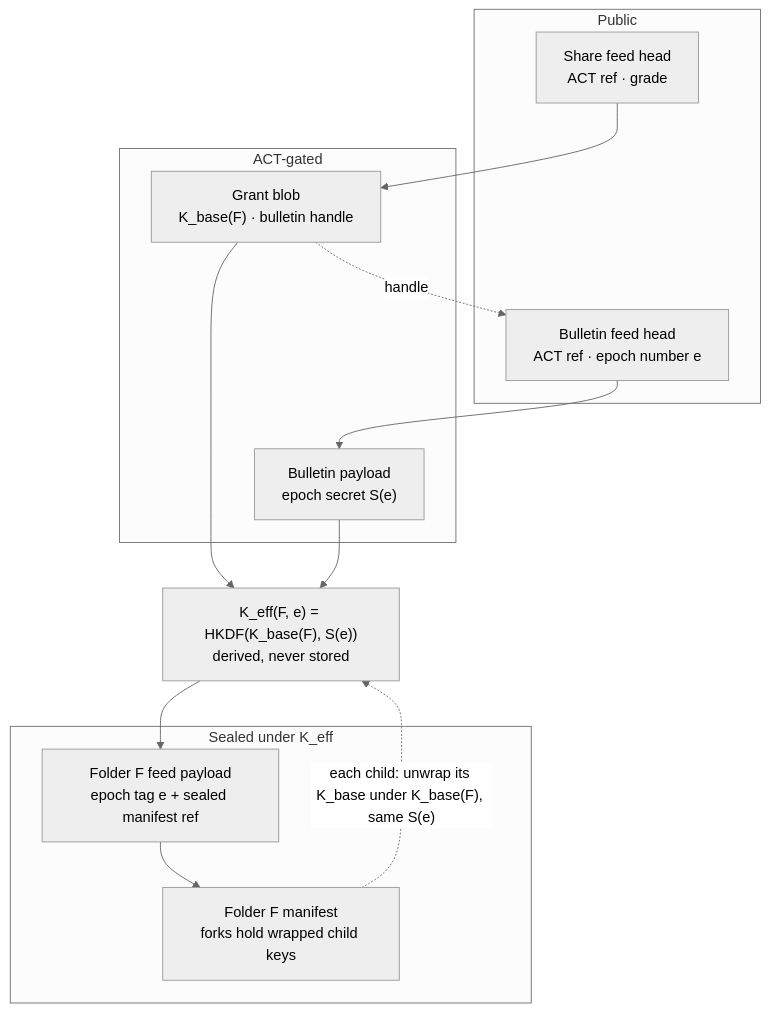
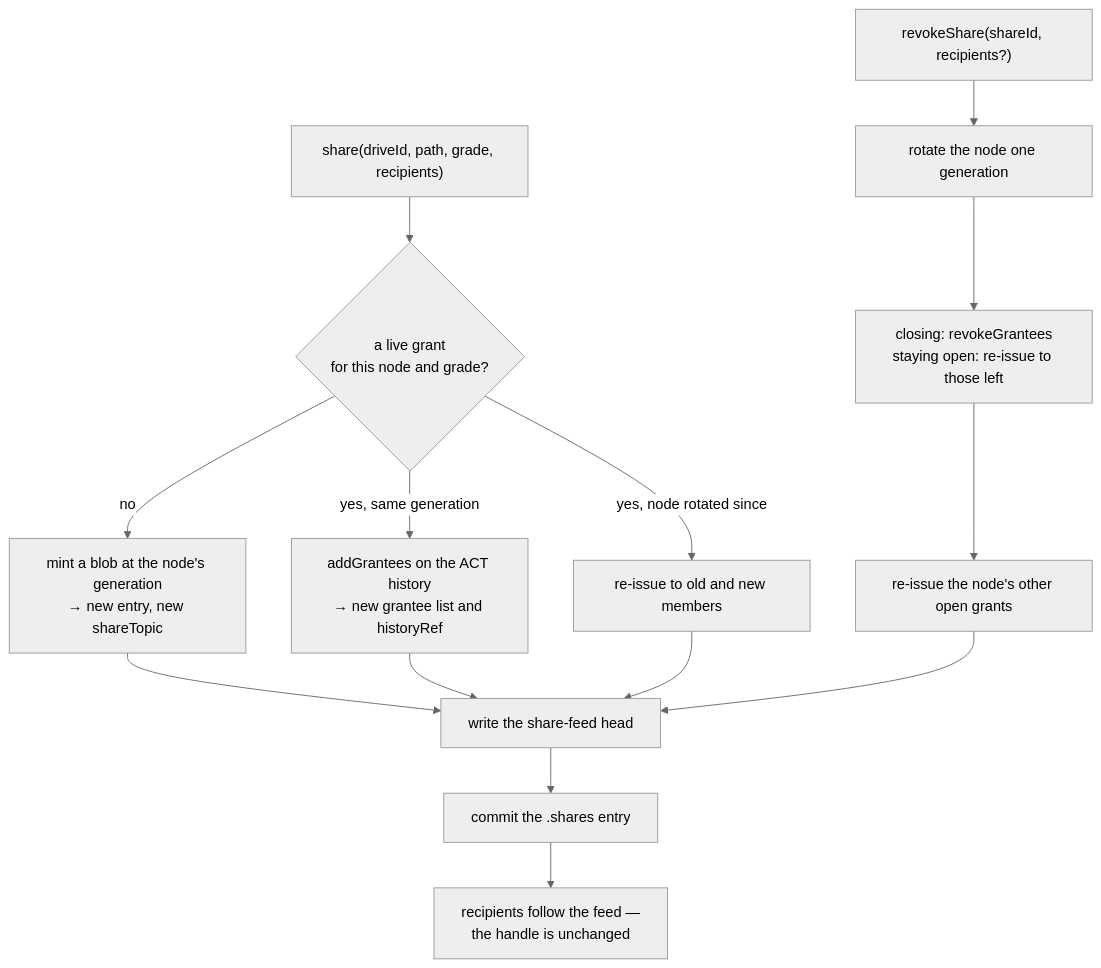
Before and after one commit to Solar-Punk-Ltd/file-manager-lib: the fifth of 6 diagrams in docs/ACCESS_CONTROL.md, drawn with Mermaid (neutral theme). The commit also changed other lines of this file and 21 other files, not shown here.

Commit message:
feat: revoke rework with node keychain rotations and tests

````diff
--- a/docs/ACCESS_CONTROL.md
+++ b/docs/ACCESS_CONTROL.md
@@ -359,22 +346,16 @@
 ```mermaid
 flowchart TD
-    subgraph PUB["Public"]
-        SH["Share feed head<br/>ACT ref · grade"]
-        BH["Bulletin feed head<br/>ACT ref · epoch number e"]
-    end
-    subgraph GATED["ACT-gated"]
-        GB["Grant blob<br/>K_base(F) · bulletin handle"]
-        BP["Bulletin payload<br/>epoch secret S(e)"]
-    end
-    subgraph SEALED["Sealed under K_eff"]
-        FP["Folder F feed payload<br/>epoch tag e + sealed manifest ref"]
-        FM["Folder F manifest<br/>forks hold wrapped child keys"]
-    end
-    SH --> GB
-    BH --> BP
-    GB -. "handle" .-> BH
-    GB --> K["K_eff(F, e) = HKDF(K_base(F), S(e))<br/>derived, never stored"]
-    BP --> K
-    K --> FP --> FM
-    FM -. "each child: unwrap its K_base under K_base(F), same S(e)" .-> K
+    A["share(driveId, path, grade, recipients)"] --> B{"a live grant<br/>for this node and grade?"}
+    B -- no --> M["mint a blob at the node's generation<br/>→ new entry, new shareTopic"]
+    B -- "yes, same generation" --> C["addGrantees on the ACT history<br/>→ new grantee list and historyRef"]
+    B -- "yes, node rotated since" --> RI["re-issue to old and new members"]
+    R["revokeShare(shareId, recipients?)"] --> RN["rotate the node one generation"]
+    RN --> C2["closing: revokeGrantees<br/>staying open: re-issue to those left"]
+    C2 --> RO["re-issue the node's other open grants"]
+    M --> D["write the share-feed head"]
+    C --> D
+    RI --> D
+    RO --> D
+    D --> E["commit the .shares entry"]
+    E --> F["recipients follow the feed —<br/>the handle is unchanged"]
 ```
````
